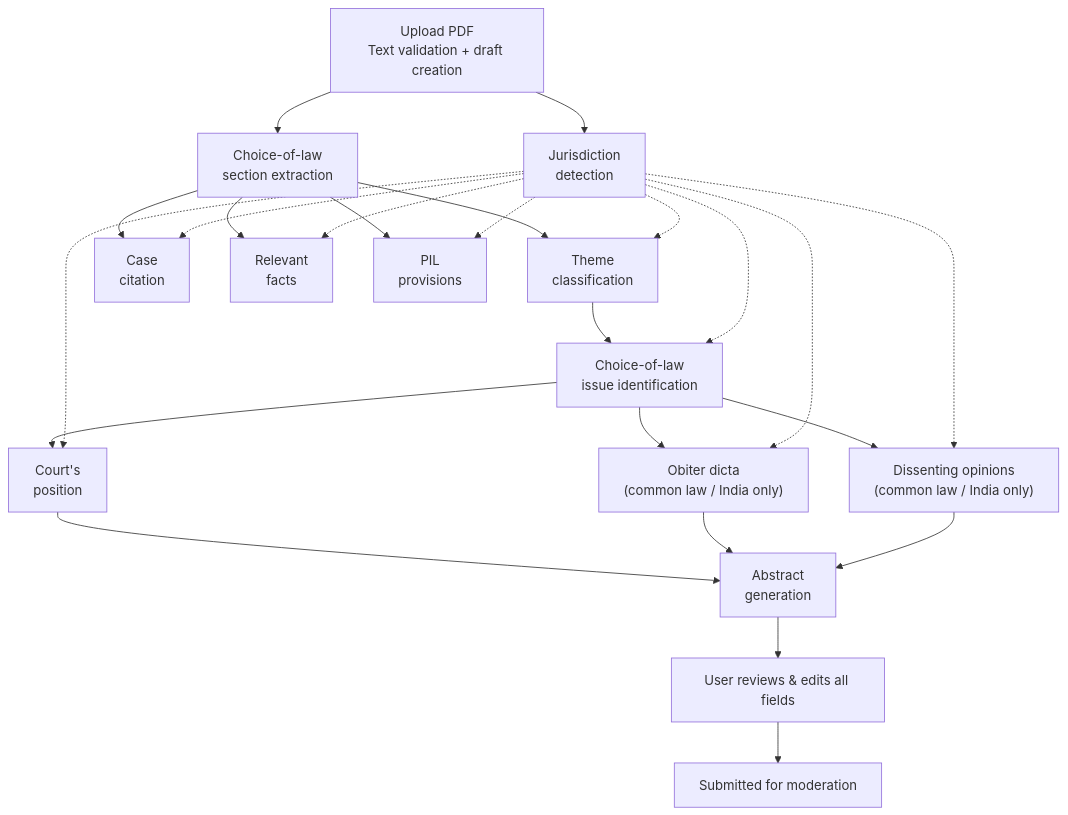
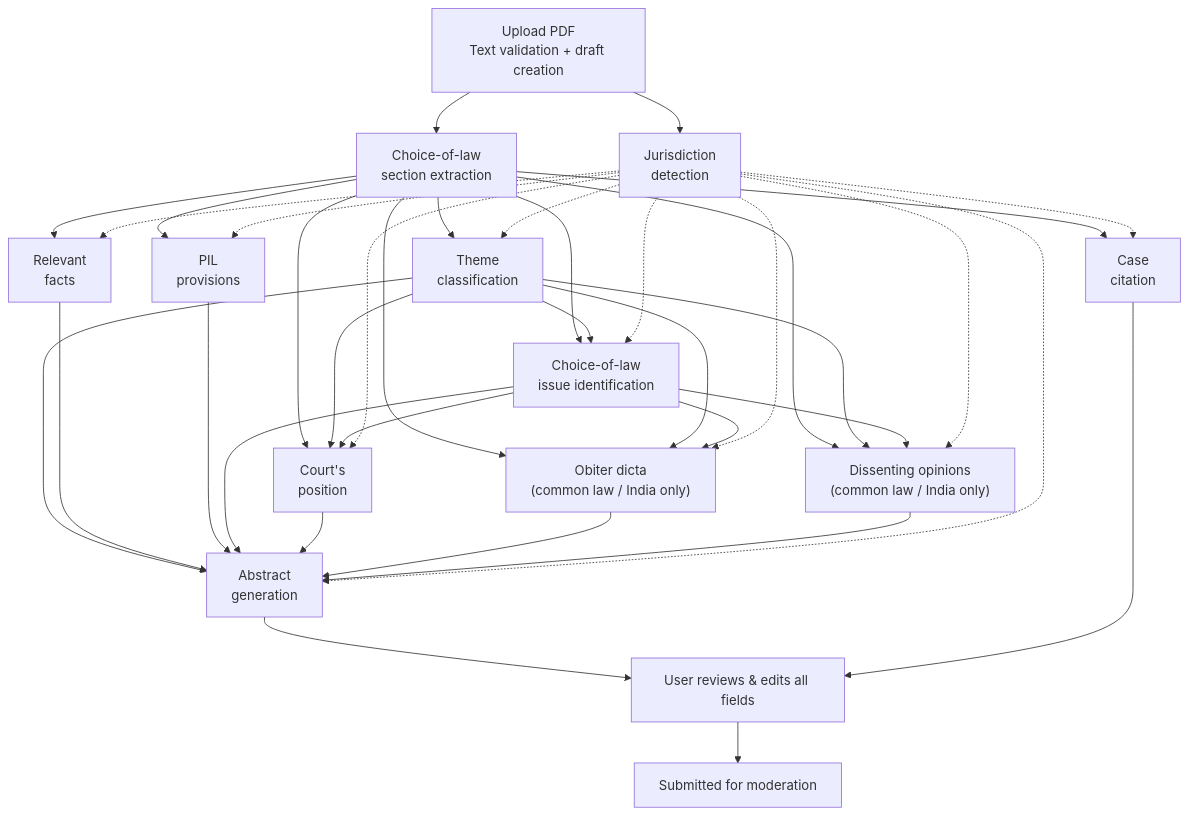
Before and after one commit to Choice-of-Law-Dataverse/cold-web-app: the second of 2 diagrams in README.md, drawn with Mermaid. The commit also changed other lines of this file, not shown here.

Commit message:
docs: show full data flow into each extractor in the case-analyzer diagram
The diagram previously showed Abstract consuming only Position/Obiter/
Dissent and made it look like Themes only fed Issue, when in reality
every later step takes the CoL section and themes as inputs, and the
Abstract synthesises themes + facts + PIL + issue + position + obiter +
dissent. Add the missing data edges so the dependency graph in the
README matches what the orchestration in service.py actually passes
to each agent.

Also wire Citation straight to the Review screen — it's a standalone
fact that isn't fed into Abstract.

````diff
--- a/README.md
+++ b/README.md
@@ -91,33 +91,49 @@
 ```mermaid
 flowchart TD
     Upload["Upload PDF\nText validation + draft creation"]
     Upload --> Jur["Jurisdiction\ndetection"]
     Upload --> CoL["Choice-of-law\nsection extraction"]
 
     CoL --> Themes["Theme\nclassification"]
     CoL --> Citation["Case\ncitation"]
     CoL --> Facts["Relevant\nfacts"]
     CoL --> PIL["PIL\nprovisions"]
 
     Jur -.-> Themes
     Jur -.-> Citation
     Jur -.-> Facts
     Jur -.-> PIL
 
-    Themes --> Issue["Choice-of-law\nissue identification"]
+    CoL --> Issue["Choice-of-law\nissue identification"]
+    Themes --> Issue
     Jur -.-> Issue
 
-    Issue --> Position["Court's\nposition"]
-    Issue --> Obiter["Obiter dicta\n(common law / India only)"]
-    Issue --> Dissent["Dissenting opinions\n(common law / India only)"]
+    CoL --> Position["Court's\nposition"]
+    Themes --> Position
+    Issue --> Position
+
+    CoL --> Obiter["Obiter dicta\n(common law / India only)"]
+    Themes --> Obiter
+    Issue --> Obiter
+
+    CoL --> Dissent["Dissenting opinions\n(common law / India only)"]
+    Themes --> Dissent
+    Issue --> Dissent
+
     Jur -.-> Position
     Jur -.-> Obiter
     Jur -.-> Dissent
 
-    Position --> Abstract["Abstract\ngeneration"]
+    Themes --> Abstract["Abstract\ngeneration"]
+    Facts --> Abstract
+    PIL --> Abstract
+    Issue --> Abstract
+    Position --> Abstract
     Obiter --> Abstract
     Dissent --> Abstract
+    Jur -.-> Abstract
 
     Abstract --> Review["User reviews & edits all fields"]
+    Citation --> Review
     Review --> Submit["Submitted for moderation"]
 ```
````
